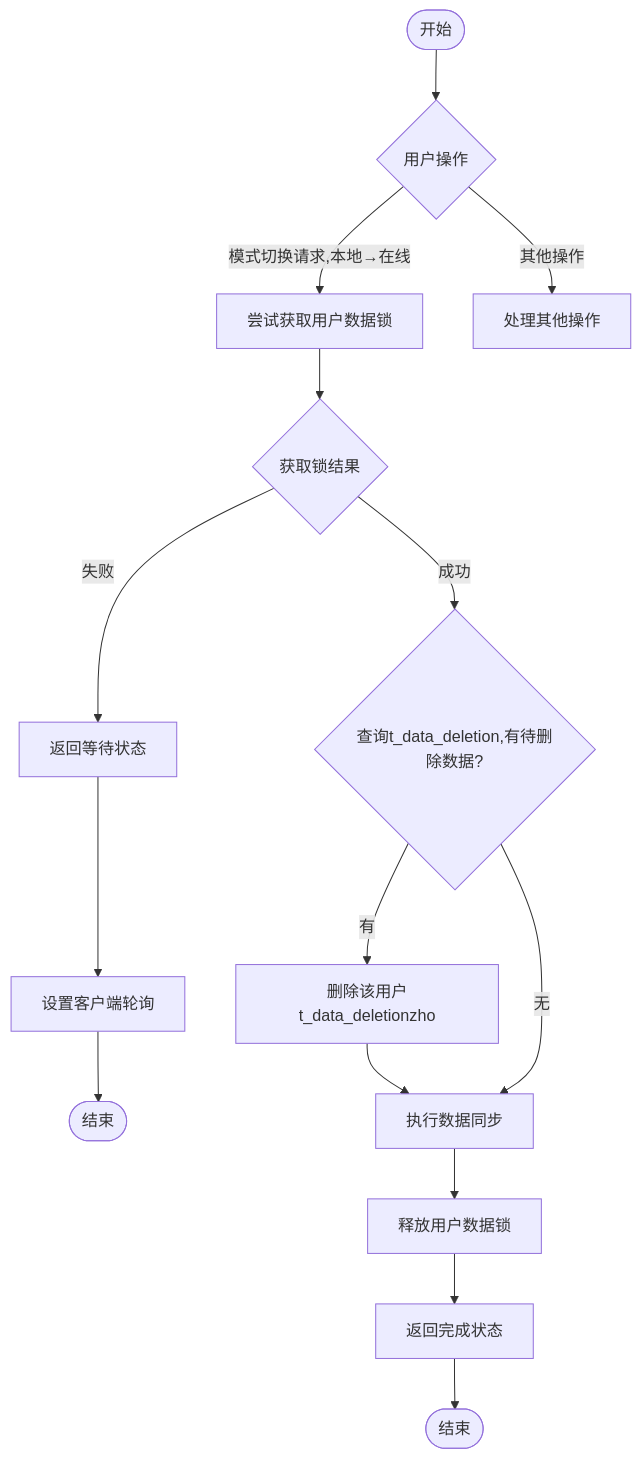
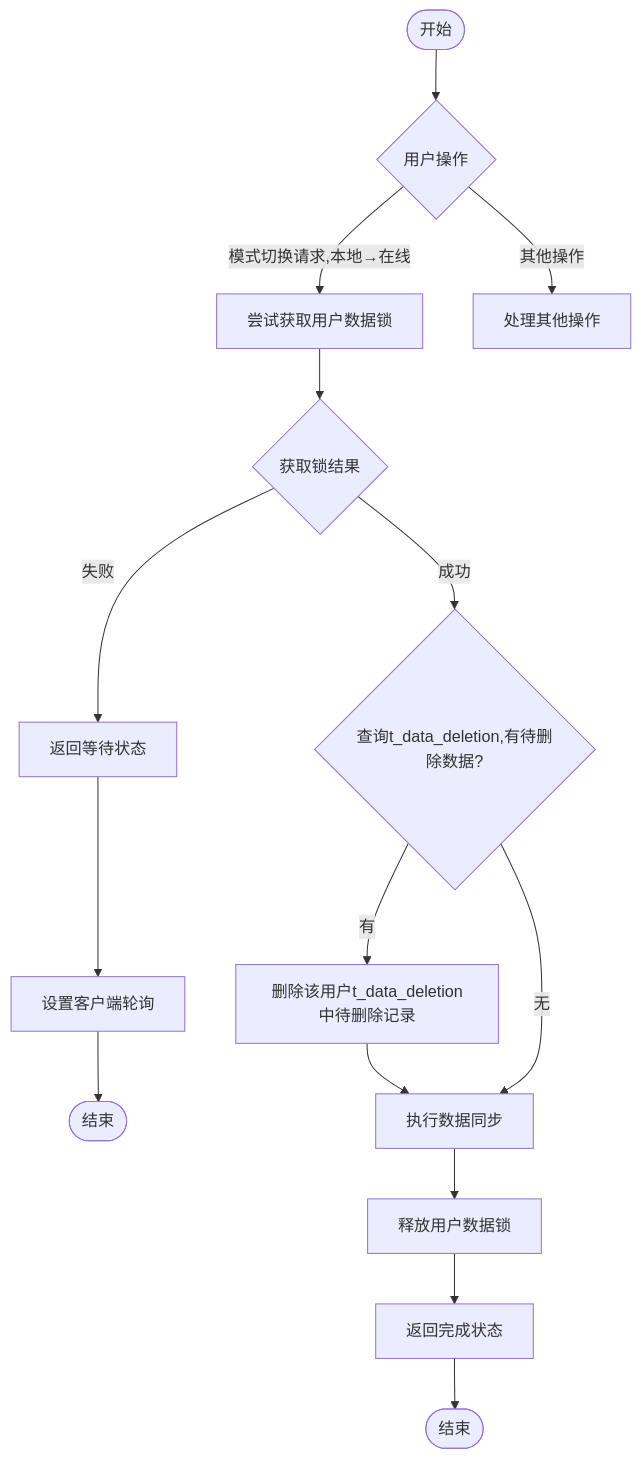
One commit to yingjianzh/iodraw-files changed the diagram in all/未命名-57.md. Above: the diagram before and after it, drawn with Mermaid.

Commit message:
2025-05-12 11:30:35 update

````diff
--- a/all/未命名-57.md
+++ b/all/未命名-57.md
@@ -1,27 +1,28 @@
 ```mermaid
 
 flowchart TD
     %% 主要分支
     Start([开始]) --> UserAction{用户操作}
     UserAction -->|模式切换请求,本地→在线| TryLock[尝试获取用户数据锁]
     UserAction -->|其他操作| OtherOps[处理其他操作]
 
     %% 模式切换流程
     TryLock --> LockResult{获取锁结果}
     
     LockResult -->|失败| ReturnWaiting[返回等待状态]
     ReturnWaiting --> SetupPolling[设置客户端轮询]
     SetupPolling --> End1([结束])
     
     LockResult -->|成功| CheckPendingDeletion{查询t_data_deletion,有待删除数据?}
     
-    CheckPendingDeletion -->|有| RemoveDeletionRecords[删除该用户t_data_deletionzho]
+    CheckPendingDeletion -->|有| RemoveDeletionRecords[删除该用户t_data_deletion中待删除记录]
+    
     RemoveDeletionRecords --> PerformSync[执行数据同步]
     
     CheckPendingDeletion -->|无| PerformSync
     
     PerformSync --> ReleaseSwitchLock[释放用户数据锁]
     ReleaseSwitchLock --> ReturnComplete[返回完成状态]
     ReturnComplete --> End2([结束])
 
 ```
````
